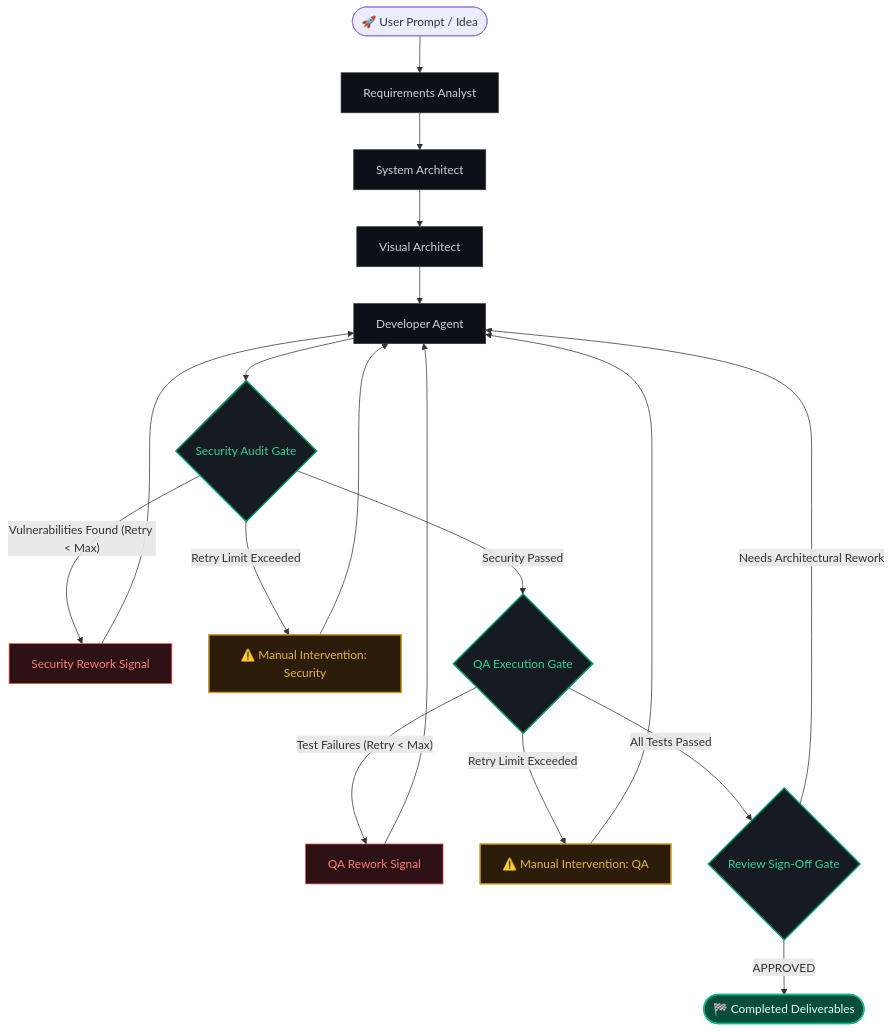
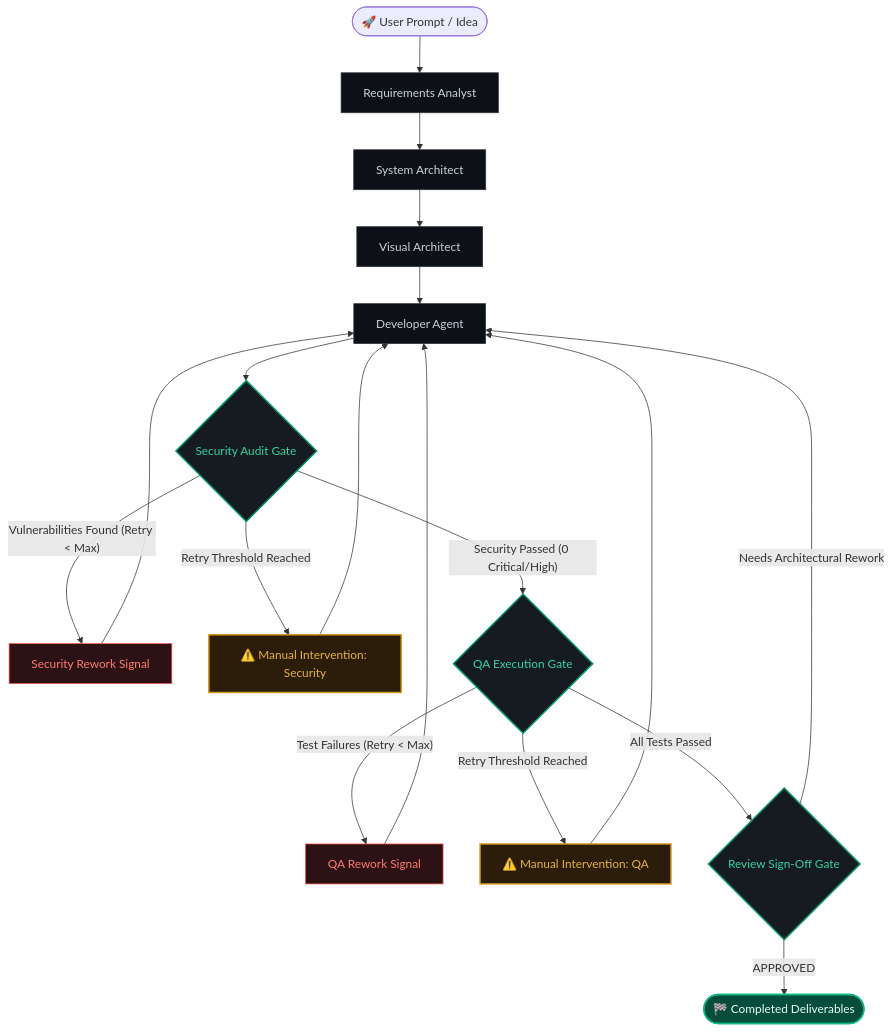
One commit to SAICHARAN1189/SDLC-AUTOMATION-WITH-AGENTS changed the first of 2 diagrams in README.md. Above: the diagram before and after it, drawn with Mermaid. The commit also changed other lines of this file, not shown here.

Commit message:
docs: complete enterprise architecture, multi-agent workflow, and Supabase persistence documentation

````diff
--- a/README.md
+++ b/README.md
@@ -76,40 +88,40 @@
 ```mermaid
 flowchart TD
     START([🚀 User Prompt / Idea]) --> REQ[Requirements Analyst]
     REQ --> ARCH[System Architect]
     ARCH --> DIAG[Visual Architect]
     DIAG --> DEV[Developer Agent]
     
     DEV --> SEC{Security Audit Gate}
     
     SEC -- "Vulnerabilities Found (Retry < Max)" --> SEC_REWORK[Security Rework Signal]
     SEC_REWORK --> DEV
     
-    SEC -- "Retry Limit Exceeded" --> HITL_SEC[⚠️ Manual Intervention: Security]
+    SEC -- "Retry Threshold Reached" --> HITL_SEC[⚠️ Manual Intervention: Security]
     HITL_SEC --> DEV
     
-    SEC -- "Security Passed" --> QA{QA Execution Gate}
+    SEC -- "Security Passed (0 Critical/High)" --> QA{QA Execution Gate}
     
     QA -- "Test Failures (Retry < Max)" --> QA_REWORK[QA Rework Signal]
     QA_REWORK --> DEV
     
-    QA -- "Retry Limit Exceeded" --> HITL_QA[⚠️ Manual Intervention: QA]
+    QA -- "Retry Threshold Reached" --> HITL_QA[⚠️ Manual Intervention: QA]
     HITL_QA --> DEV
     
     QA -- "All Tests Passed" --> REV{Review Sign-Off Gate}
     
     REV -- "Needs Architectural Rework" --> DEV
     REV -- "APPROVED" --> FINALIZE([🏁 Completed Deliverables])
 
     classDef agent fill:#0d1117,stroke:#30363d,stroke-width:1px,color:#c9d1d9;
     classDef gate fill:#161b22,stroke:#059669,stroke-width:2px,color:#34d399;
     classDef rework fill:#2d1215,stroke:#f85149,stroke-width:1px,color:#ff7b72;
     classDef hitl fill:#2c1c0a,stroke:#d29922,stroke-width:2px,color:#e3b341;
     classDef finish fill:#064e3b,stroke:#10b981,stroke-width:2px,color:#ecfdf5;
 
     class REQ,ARCH,DIAG,DEV agent;
     class SEC,QA,REV gate;
     class SEC_REWORK,QA_REWORK rework;
     class HITL_SEC,HITL_QA hitl;
     class FINALIZE finish;
 ```
````
